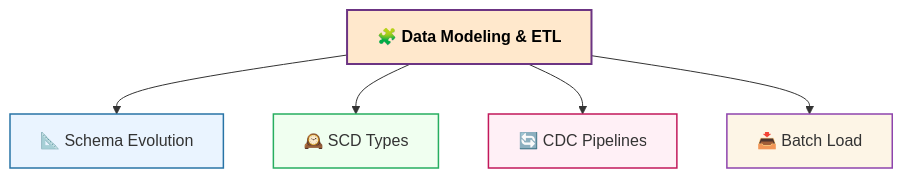
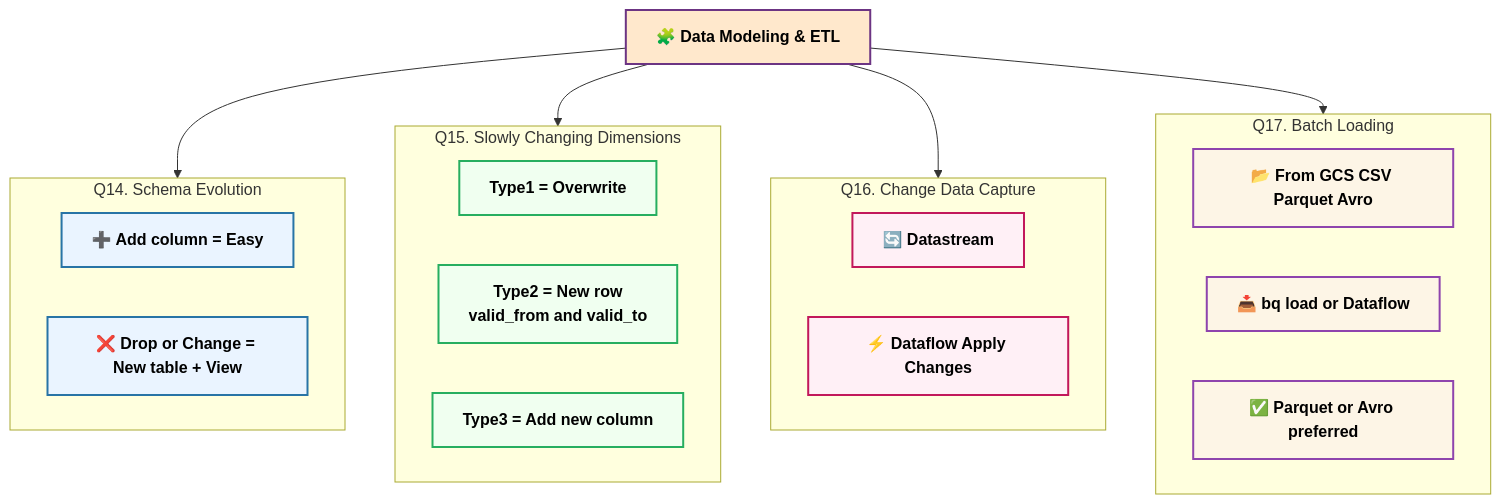
Before and after one commit to blaire101/DE2-AWS-Azure-GCP-2025: the ninth of 13 diagrams in GCP-Data-Engineering-QA.md, drawn with Mermaid. The commit also changed other lines of this file, not shown here.

````diff
--- a/GCP-Data-Engineering-QA.md
+++ b/GCP-Data-Engineering-QA.md
@@ -368,18 +368,37 @@
 ```mermaid
 flowchart TB
     classDef main fill:#ffe8cc,stroke:#6c3483,stroke-width:2px,font-weight:bold,color:#000
-    classDef schema fill:#eaf4ff,stroke:#2874a6,stroke-width:1.5px
-    classDef scd fill:#f0fff0,stroke:#27ae60,stroke-width:1.5px
-    classDef cdc fill:#fff0f6,stroke:#c2185b,stroke-width:1.5px
-    classDef batch fill:#fdf5e6,stroke:#8e44ad,stroke-width:1.5px
+    classDef schema fill:#eaf4ff,stroke:#2874a6,stroke-width:2px,color:#000,font-weight:bold
+    classDef scd fill:#f0fff0,stroke:#27ae60,stroke-width:2px,color:#000,font-weight:bold
+    classDef cdc fill:#fff0f6,stroke:#c2185b,stroke-width:2px,color:#000,font-weight:bold
+    classDef batch fill:#fdf5e6,stroke:#8e44ad,stroke-width:2px,color:#000,font-weight:bold
 
     A[🧩 Data Modeling & ETL]:::main
-    B[📐 Schema Evolution]:::schema
-    C[🕰️ SCD Types]:::scd
-    D[🔄 CDC Pipelines]:::cdc
-    E[📥 Batch Load]:::batch
-    A --> B
-    A --> C
-    A --> D
-    A --> E
+
+    subgraph SE["Q14. Schema Evolution"]
+      B1[➕ Add column = Easy]:::schema
+      B2[❌ Drop or Change = New table + View]:::schema
+    end
+
+    subgraph SCD["Q15. Slowly Changing Dimensions"]
+      C1[Type1 = Overwrite]:::scd
+      C2[Type2 = New row<br/>valid_from and valid_to]:::scd
+      C3[Type3 = Add new column]:::scd
+    end
+
+    subgraph CDC["Q16. Change Data Capture"]
+      D1[🔄 Datastream]:::cdc
+      D2[⚡ Dataflow Apply Changes]:::cdc
+    end
+
+    subgraph BL["Q17. Batch Loading"]
+      E1[📂 From GCS CSV Parquet Avro]:::batch
+      E2[📥 bq load or Dataflow]:::batch
+      E3[✅ Parquet or Avro preferred]:::batch
+    end
+
+    A --> SE
+    A --> SCD
+    A --> CDC
+    A --> BL
 ```
````
